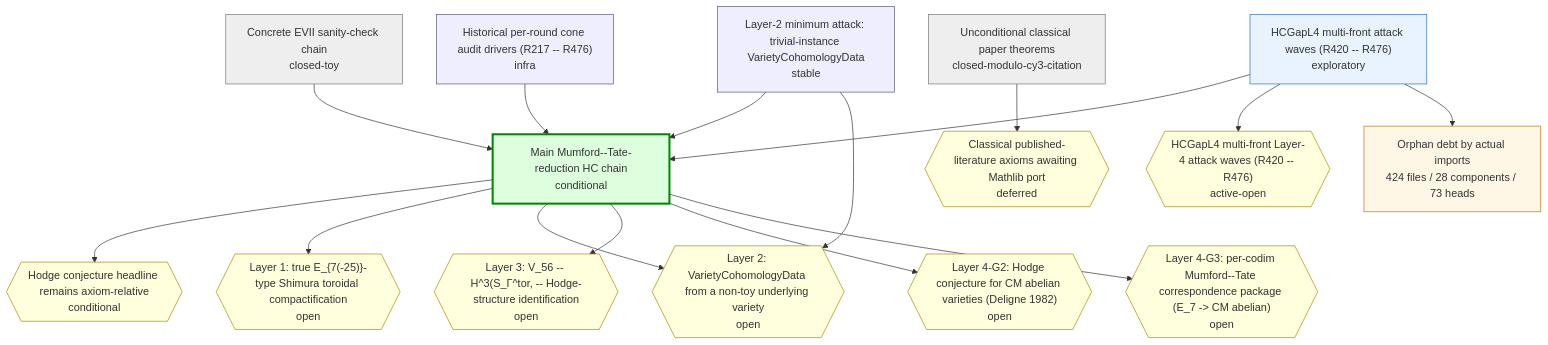
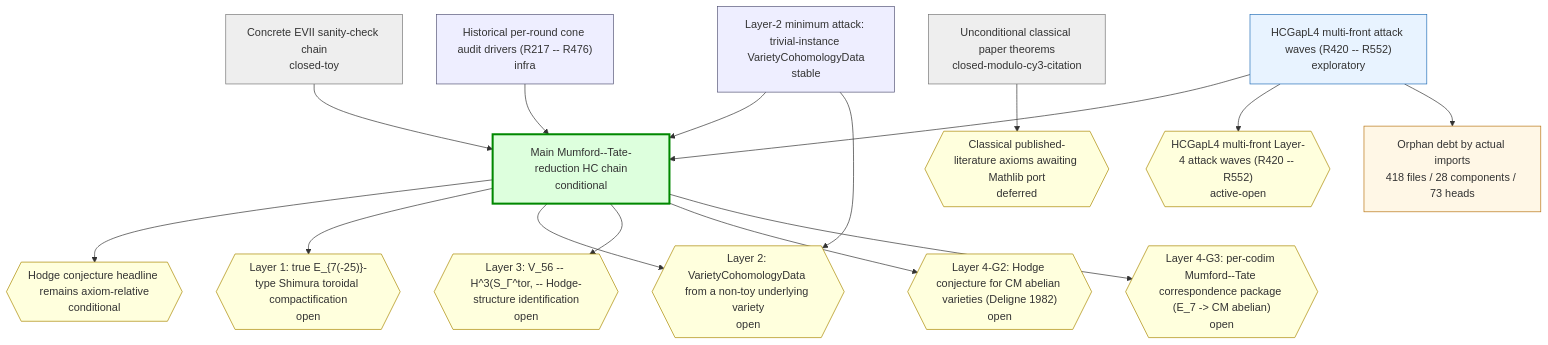
One commit to crabsatellite/hodge-conjecture-lean4-formalization changed the first of 2 diagrams in chain-status/research-map.md. Above: the diagram before and after it, drawn with Mermaid. The commit also changed other lines of this file and 14 other files, not shown here.

````diff
--- a/chain-status/research-map.md
+++ b/chain-status/research-map.md
@@ -45,44 +45,44 @@
 ```mermaid
 graph TD
   classDef main fill:#dfd,stroke:#080,stroke-width:3px
   classDef active fill:#e8f3ff,stroke:#2670b8
   classDef support fill:#eef,stroke:#557
   classDef closed fill:#eee,stroke:#777
   classDef dead fill:#fdd,stroke:#a00,stroke-width:2px
   classDef gapOpen fill:#ffd,stroke:#a80
   classDef gapClosed fill:#eee,stroke:#777
   classDef gapDead fill:#fdd,stroke:#a00
   classDef debt fill:#fff7e6,stroke:#b87514
   classDef debtTaxonomy fill:#e8f3ff,stroke:#2670b8,stroke-dasharray:3 3
   classDef debtRule fill:#eefbea,stroke:#398439,stroke-dasharray:3 3
   classDef debtDead fill:#fdd,stroke:#a00,stroke-dasharray:3 3
   chain_main_hc_axiom_relative["Main Mumford--Tate-reduction HC chain\nconditional"]:::main
   chain_unconditional_classical["Unconditional classical paper theorems\nclosed-modulo-cy3-citation"]:::closed
   chain_hcgap_l2_trivial_instances["Layer-2 minimum attack: trivial-instance VarietyCohomologyData\nstable"]:::support
-  chain_hcgap_l4_multifront_active["HCGapL4 multi-front attack waves (R420 -- R476)\nexploratory"]:::active
+  chain_hcgap_l4_multifront_active["HCGapL4 multi-front attack waves (R420 -- R552)\nexploratory"]:::active
   chain_concrete_evii_toy["Concrete EVII sanity-check chain\nclosed-toy"]:::closed
   chain_historical_cone_audits["Historical per-round cone audit drivers (R217 -- R476)\ninfra"]:::support
   gap_G_main_hc{{"Hodge conjecture headline remains axiom-relative\nconditional"}}:::gapOpen
   gap_G_l1_e7_shimura_tor{{"Layer 1: true E_{7(-25)}-type Shimura toroidal compactification\nopen"}}:::gapOpen
   gap_G_l2_cohomology_construction{{"Layer 2: VarietyCohomologyData from a non-toy underlying variety\nopen"}}:::gapOpen
   gap_G_l3_v56_mt_identification{{"Layer 3: V_56 -- H^3(S_Γ^tor, -- Hodge-structure identification\nopen"}}:::gapOpen
   gap_G_l4_cm_abelian_hc{{"Layer 4-G2: Hodge conjecture for CM abelian varieties (Deligne 1982)\nopen"}}:::gapOpen
   gap_G_l4_mt_correspondence{{"Layer 4-G3: per-codim Mumford--Tate correspondence package (E_7 -> CM abelian)\nopen"}}:::gapOpen
   gap_G_classical_mathlib_port{{"Classical published-literature axioms awaiting Mathlib port\ndeferred"}}:::gapOpen
-  gap_G_hcgap_l4_multifront{{"HCGapL4 multi-front Layer-4 attack waves (R420 -- R476)\nactive-open"}}:::gapOpen
+  gap_G_hcgap_l4_multifront{{"HCGapL4 multi-front Layer-4 attack waves (R420 -- R552)\nactive-open"}}:::gapOpen
   chain_main_hc_axiom_relative --> gap_G_main_hc
   chain_main_hc_axiom_relative --> gap_G_l1_e7_shimura_tor
   chain_main_hc_axiom_relative --> gap_G_l2_cohomology_construction
   chain_main_hc_axiom_relative --> gap_G_l3_v56_mt_identification
   chain_main_hc_axiom_relative --> gap_G_l4_cm_abelian_hc
   chain_main_hc_axiom_relative --> gap_G_l4_mt_correspondence
   chain_unconditional_classical --> gap_G_classical_mathlib_port
   chain_hcgap_l2_trivial_instances --> chain_main_hc_axiom_relative
   chain_hcgap_l2_trivial_instances --> gap_G_l2_cohomology_construction
   chain_hcgap_l4_multifront_active --> chain_main_hc_axiom_relative
   chain_hcgap_l4_multifront_active --> gap_G_hcgap_l4_multifront
   chain_concrete_evii_toy --> chain_main_hc_axiom_relative
   chain_historical_cone_audits --> chain_main_hc_axiom_relative
-  debt_all["Orphan debt by actual imports\n424 files / 28 components / 73 heads"]:::debt
+  debt_all["Orphan debt by actual imports\n418 files / 28 components / 73 heads"]:::debt
   chain_hcgap_l4_multifront_active --> debt_all
 ```
````
